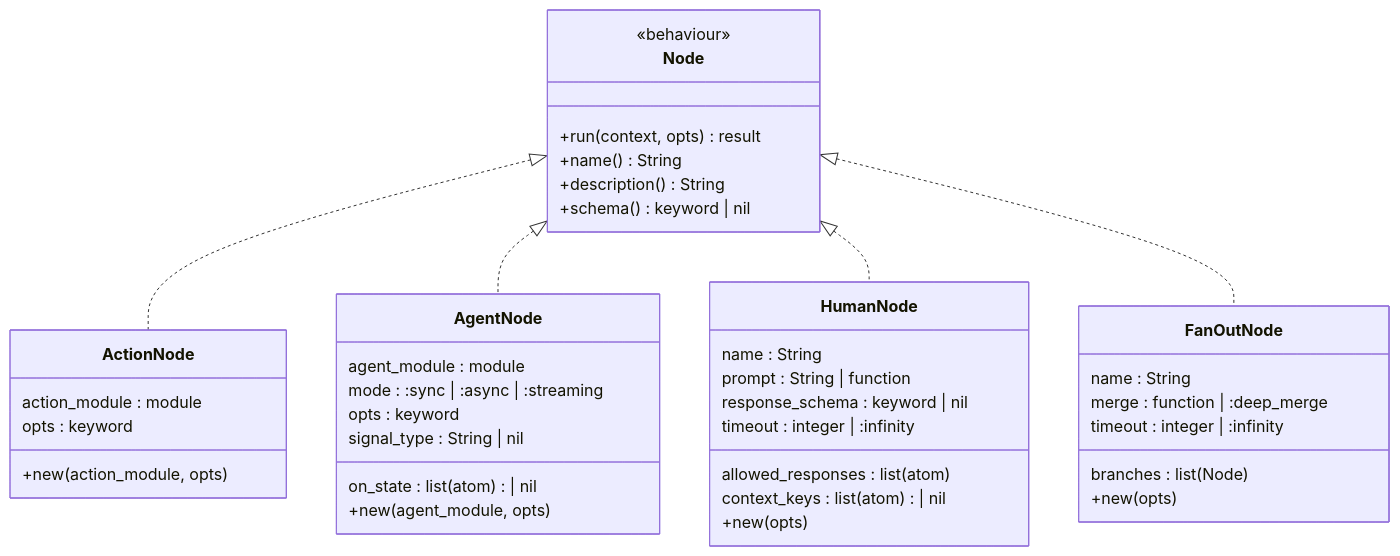
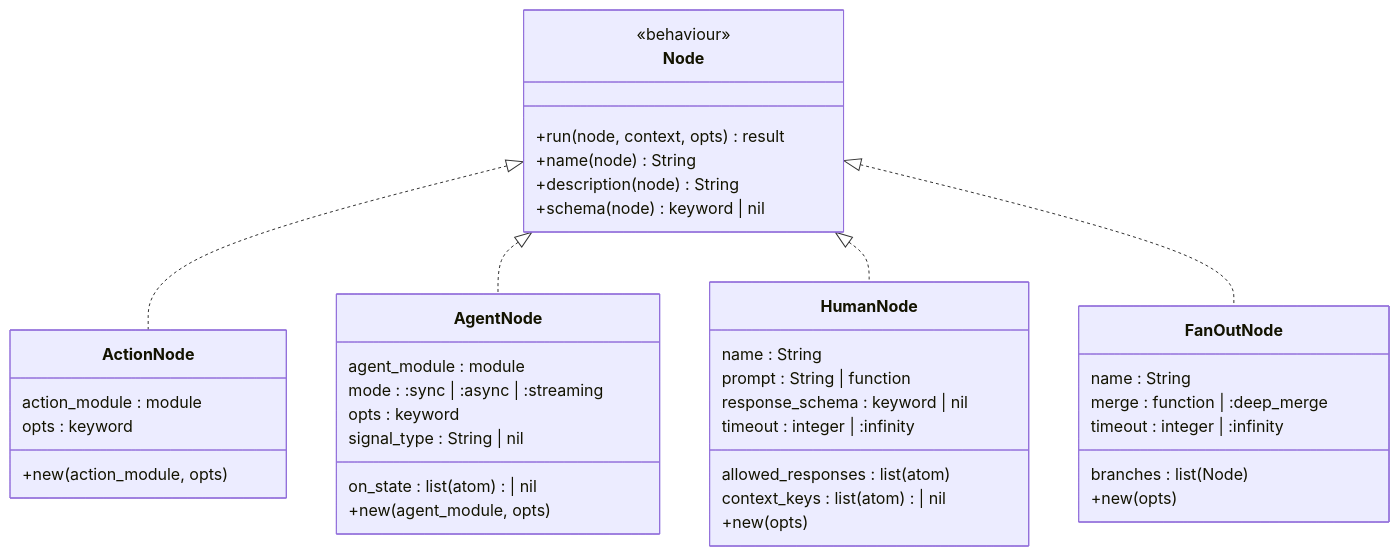
One commit to nshkrdotcom/jido_composer changed the diagram in docs/design/nodes/README.md. Above: the diagram before and after it, drawn with Mermaid. The commit also changed other lines of this file and 18 other files, not shown here.

````diff
--- a/docs/design/nodes/README.md
+++ b/docs/design/nodes/README.md
@@ -32,48 +36,48 @@
 ```mermaid
 classDiagram
     class Node {
         <<behaviour>>
-        +run(context, opts) result
-        +name() String
-        +description() String
-        +schema() keyword | nil
+        +run(node, context, opts) result
+        +name(node) String
+        +description(node) String
+        +schema(node) keyword | nil
     }
 
     class ActionNode {
         action_module : module
         opts : keyword
         +new(action_module, opts)
     }
 
     class AgentNode {
         agent_module : module
         mode : :sync | :async | :streaming
         opts : keyword
         signal_type : String | nil
         on_state : list(atom) | nil
         +new(agent_module, opts)
     }
 
     class HumanNode {
         name : String
         prompt : String | function
         allowed_responses : list(atom)
         response_schema : keyword | nil
         timeout : integer | :infinity
         context_keys : list(atom) | nil
         +new(opts)
     }
 
     class FanOutNode {
         name : String
         branches : list(Node)
         merge : function | :deep_merge
         timeout : integer | :infinity
         +new(opts)
     }
 
     Node <|.. ActionNode
     Node <|.. AgentNode
     Node <|.. HumanNode
     Node <|.. FanOutNode
 ```
````
